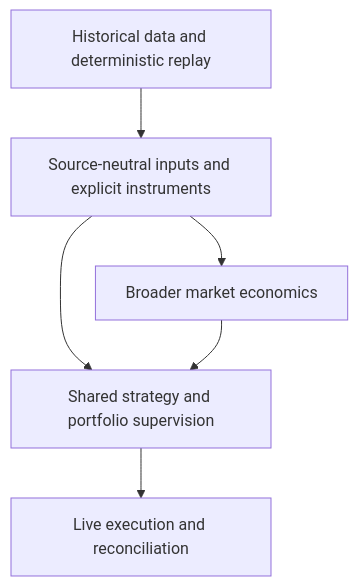
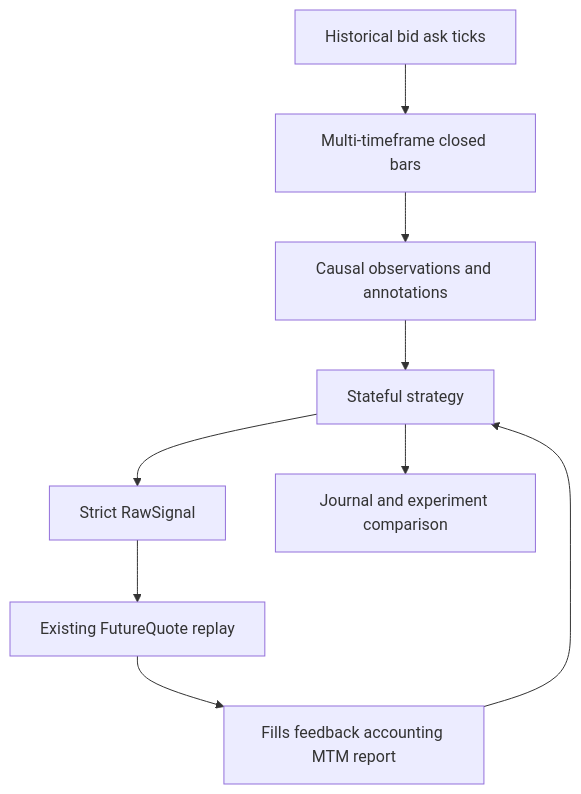
The diagram in docs/roadmap.md (geminik23/quant-system), drawn with Mermaid before and after one commit. The commit also changed other lines of this file and 13 other files, not shown here.

````diff
--- a/docs/roadmap.md
+++ b/docs/roadmap.md
@@ -15,14 +9,20 @@
 ```mermaid
 flowchart TD
-    A[Historical data and deterministic replay]
-    B[Source-neutral inputs and explicit instruments]
-    C[Shared strategy and portfolio supervision]
-    D[Live execution and reconciliation]
-    E[Broader market economics]
+    A[Historical bid ask ticks]
+    B[Multi-timeframe closed bars]
+    C[Causal observations and annotations]
+    D[Stateful strategy]
+    E[Strict RawSignal]
+    F[Existing FutureQuote replay]
+    G[Fills feedback accounting MTM report]
+    H[Journal and experiment comparison]
 
     A --> B
     B --> C
     C --> D
-    B --> E
-    E --> C
+    D --> E
+    E --> F
+    F --> G
+    G --> D
+    D --> H
 ```
````
